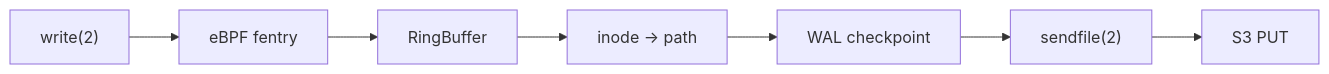
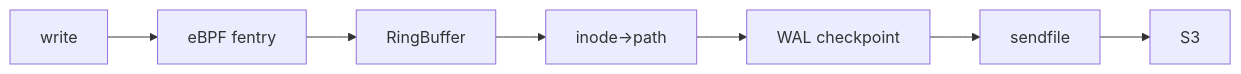
Before and after one commit to hoard-project/hoard: the diagram in README.md, drawn with Mermaid. The commit also changed 10 other files, not shown here.

````diff
--- a/README.md
+++ b/README.md
@@ -6,9 +6,9 @@
 ```mermaid
 flowchart LR
-    A["write(2)"] --> B[eBPF fentry]
+    A[write] --> B[eBPF fentry]
     B --> C[RingBuffer]
-    C --> D["inode → path"]
+    C --> D[inode→path]
     D --> E[WAL checkpoint]
-    E --> F["sendfile(2)"]
-    F --> G[S3 PUT]
+    E --> F[sendfile]
+    F --> G[S3]
 ```
````
